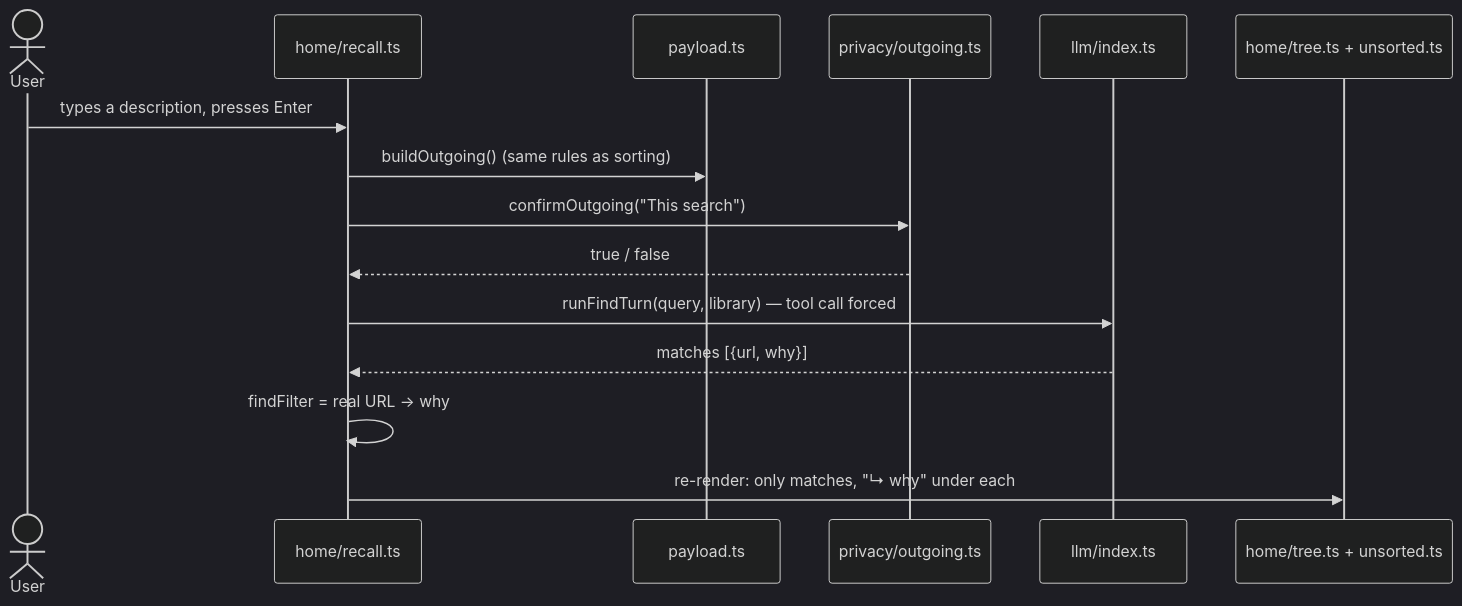
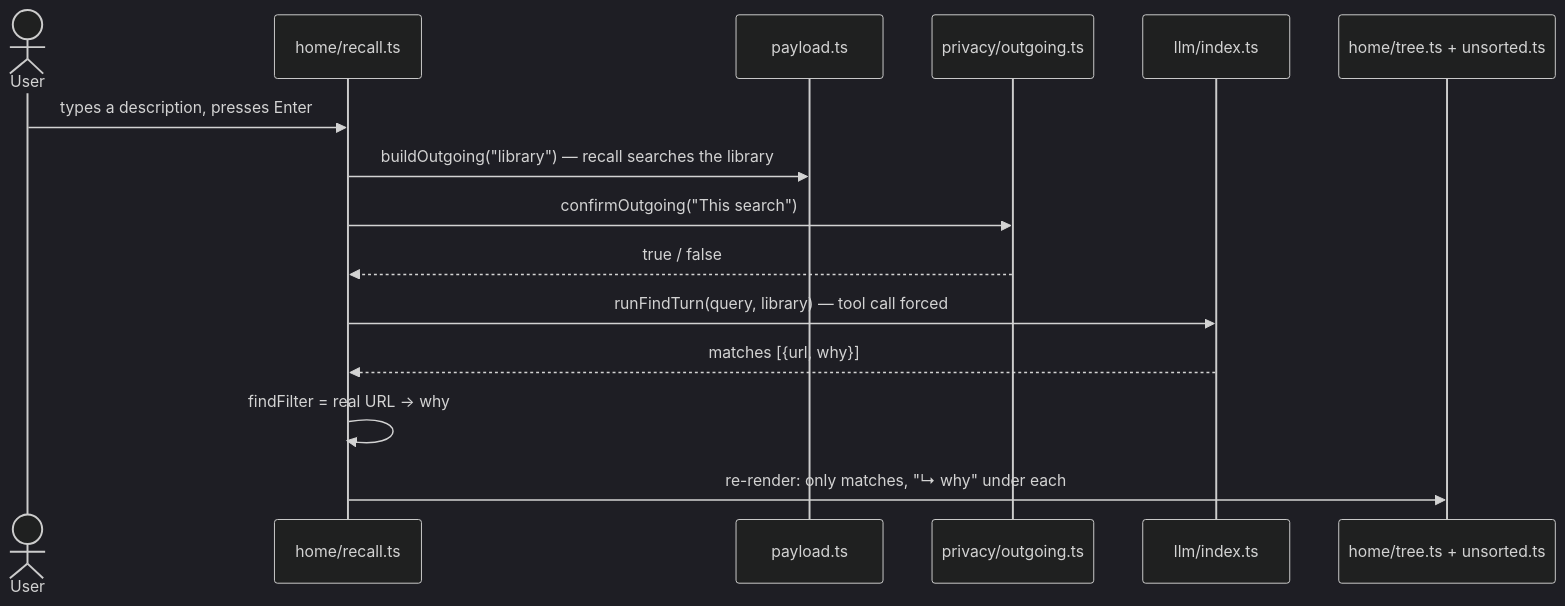
Before and after one commit to KucherenkoSerhiy/tab-librarian: the fourth of 5 diagrams in docs/ARCHITECTURE.md, drawn with Mermaid (dark theme). The commit also changed other lines of this file and 12 other files, not shown here.

First line of the commit message:
Sorting sends folder summaries, not the library; mask ids, file paths and tenant hosts

````diff
--- a/docs/ARCHITECTURE.md
+++ b/docs/ARCHITECTURE.md
@@ -131,18 +137,18 @@
 ```mermaid
 sequenceDiagram
   actor U as User
   participant S as home/recall.ts
   participant P as payload.ts
   participant O as privacy/outgoing.ts
   participant L as llm/index.ts
   participant H as home/tree.ts + unsorted.ts
 
   U->>S: types a description, presses Enter
-  S->>P: buildOutgoing() (same rules as sorting)
+  S->>P: buildOutgoing("library") — recall searches the library
   S->>O: confirmOutgoing("This search")
   O-->>S: true / false
   S->>L: runFindTurn(query, library) — tool call forced
   L-->>S: matches [{url, why}]
   S->>S: findFilter = real URL → why
   S->>H: re-render: only matches, "↳ why" under each
 ```
````
